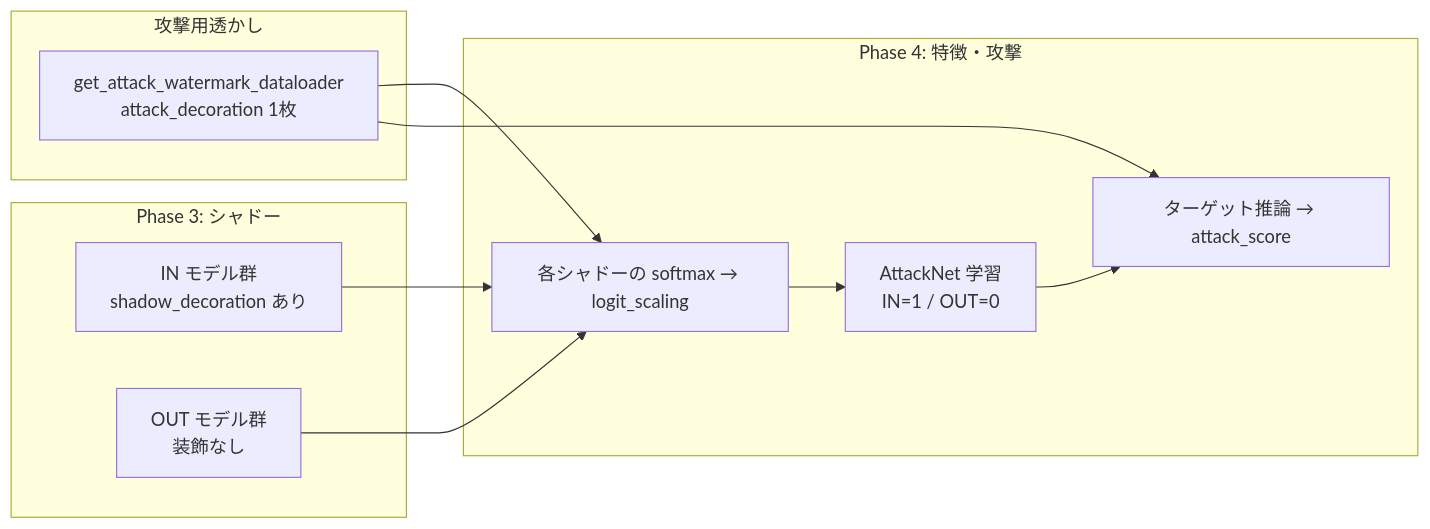
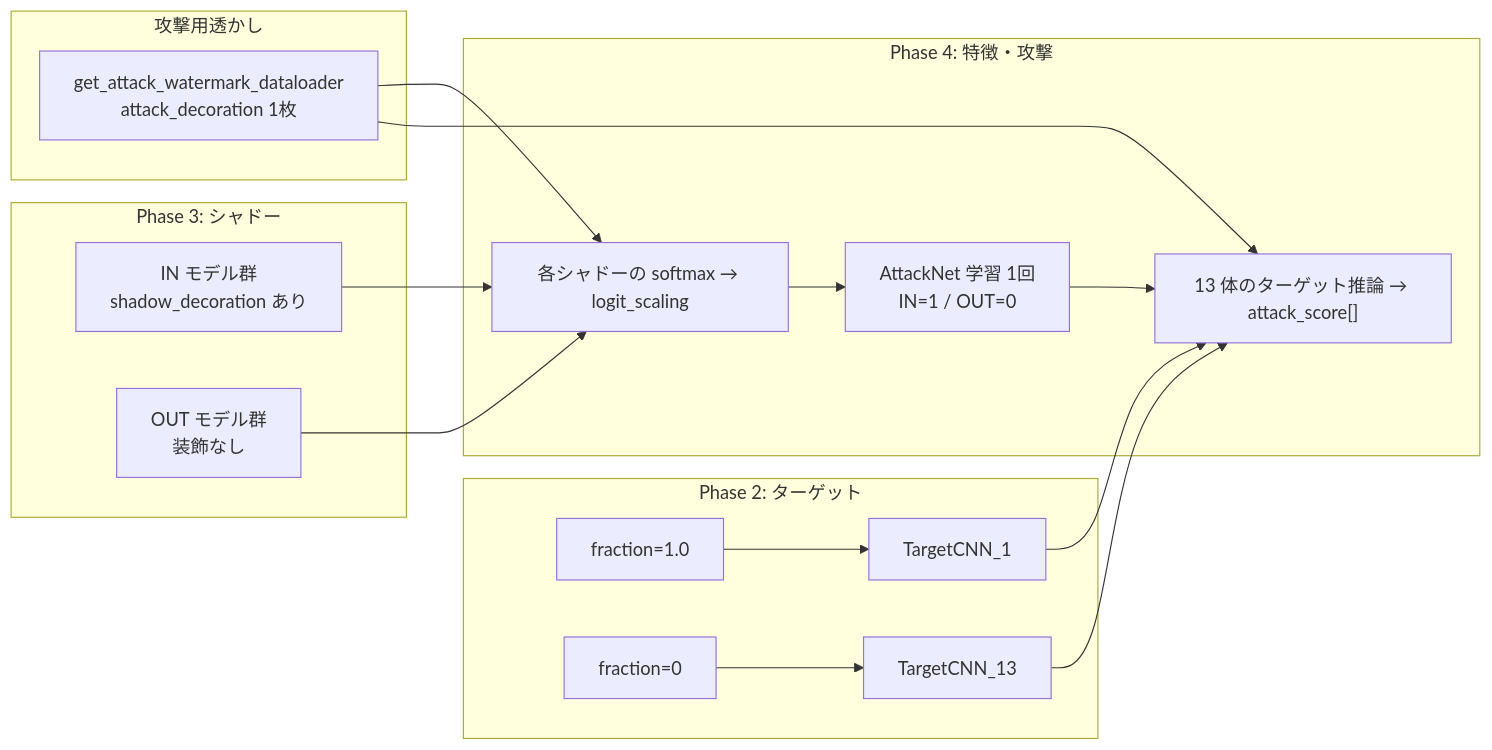
Before and after one commit to GoldenPoisonedApple/MIAOS: diagram 12 of 14 in worker/docs/SPECIFICATION.md, drawn with Mermaid. The commit also changed other lines of this file, not shown here.

````diff
--- a/worker/docs/SPECIFICATION.md
+++ b/worker/docs/SPECIFICATION.md
@@ -430,22 +455,28 @@
 ```mermaid
 flowchart LR
+    subgraph phase2 [Phase 2: ターゲット]
+        F1["fraction=1.0"] --> M1[TargetCNN_1]
+        FN["fraction=0"] --> M13[TargetCNN_13]
+    end
     subgraph shadow ["Phase 3: シャドー"]
         IN["IN モデル群<br/>shadow_decoration あり"]
         OUT["OUT モデル群<br/>装飾なし"]
     end
     subgraph attack_wm ["攻撃用透かし"]
         WM["get_attack_watermark_dataloader<br/>attack_decoration 1枚"]
     end
     subgraph feat ["Phase 4: 特徴・攻撃"]
         PRED["各シャドーの softmax → logit_scaling"]
-        ATK["AttackNet 学習<br/>IN=1 / OUT=0"]
-        TGT["ターゲット推論 → attack_score"]
+        ATK["AttackNet 学習 1回<br/>IN=1 / OUT=0"]
+        TGT["13 体のターゲット推論 → attack_score[]"]
     end
 
     IN --> PRED
     OUT --> PRED
     WM --> PRED
     PRED --> ATK
+    M1 --> TGT
+    M13 --> TGT
     WM --> TGT
     ATK --> TGT
 ```
````
